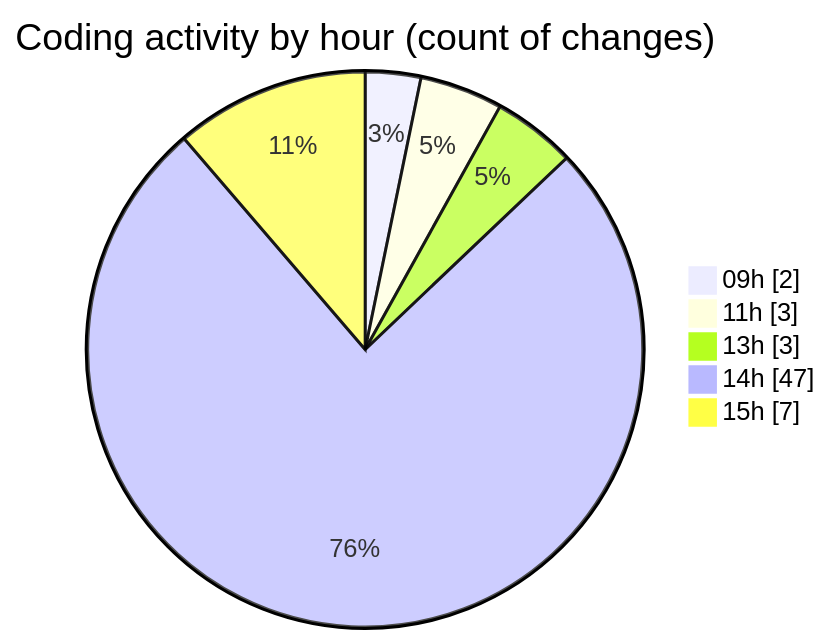
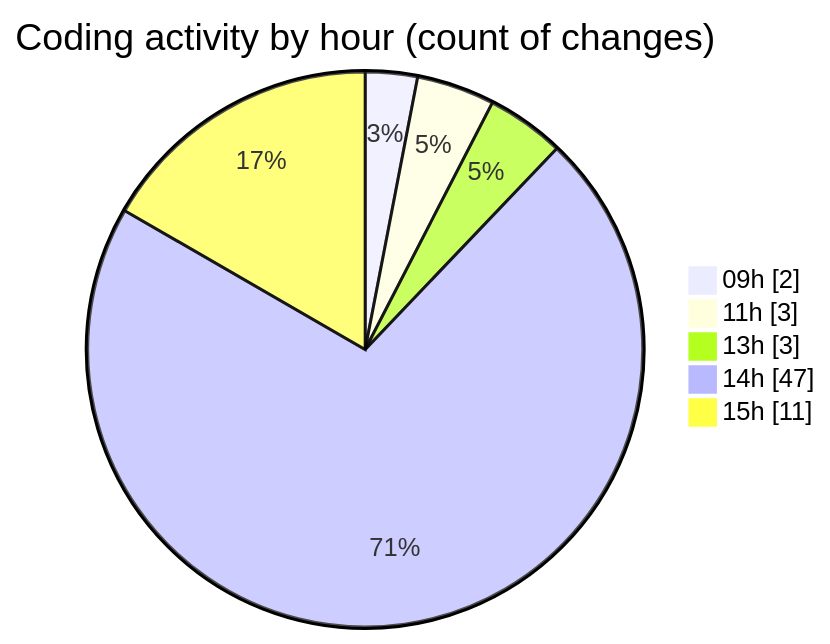
Before and after one commit to julien-gomy/code-tracking: the second of 2 diagrams in 2025-11-10/eventscop-frontend-guide__workspace_/README.md, drawn with Mermaid. The commit also changed other lines of this file and 1 other file, not shown here.

````diff
--- a/2025-11-10/eventscop-frontend-guide__workspace_/README.md
+++ b/2025-11-10/eventscop-frontend-guide__workspace_/README.md
@@ -57,9 +59,9 @@
 ```mermaid
 pie showData
 title Coding activity by hour (count of changes)
 "09h" : 2
 "11h" : 3
 "13h" : 3
 "14h" : 47
-"15h" : 7
+"15h" : 11
 ```
````
